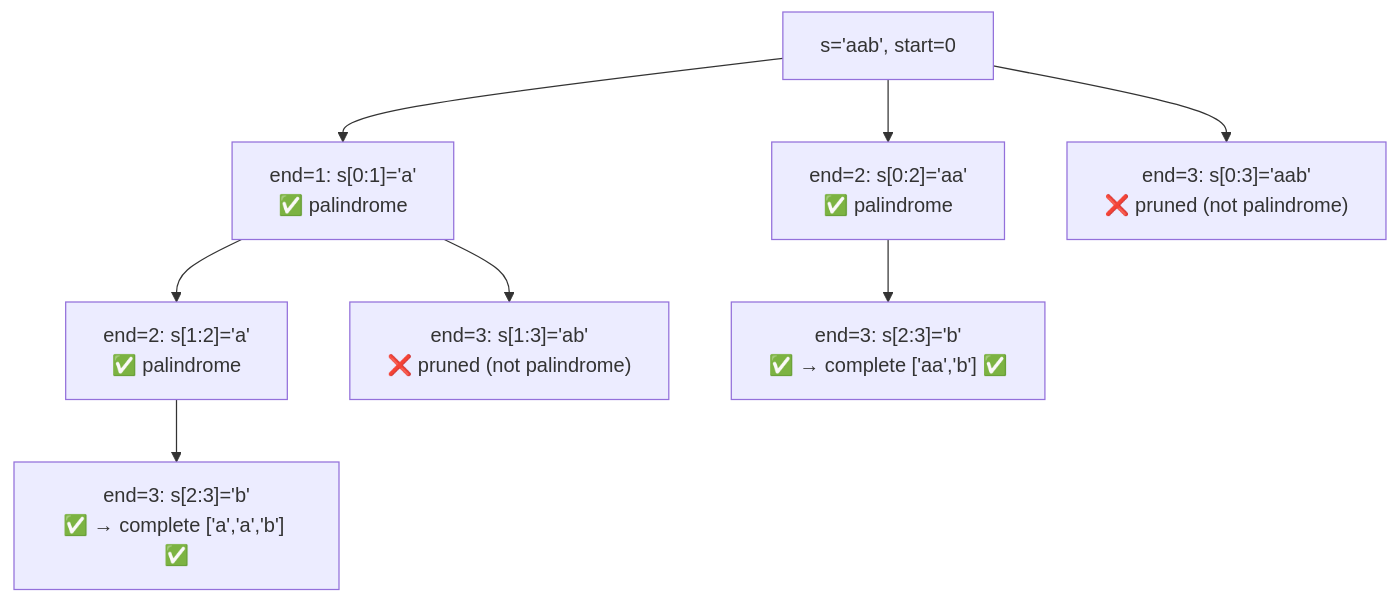
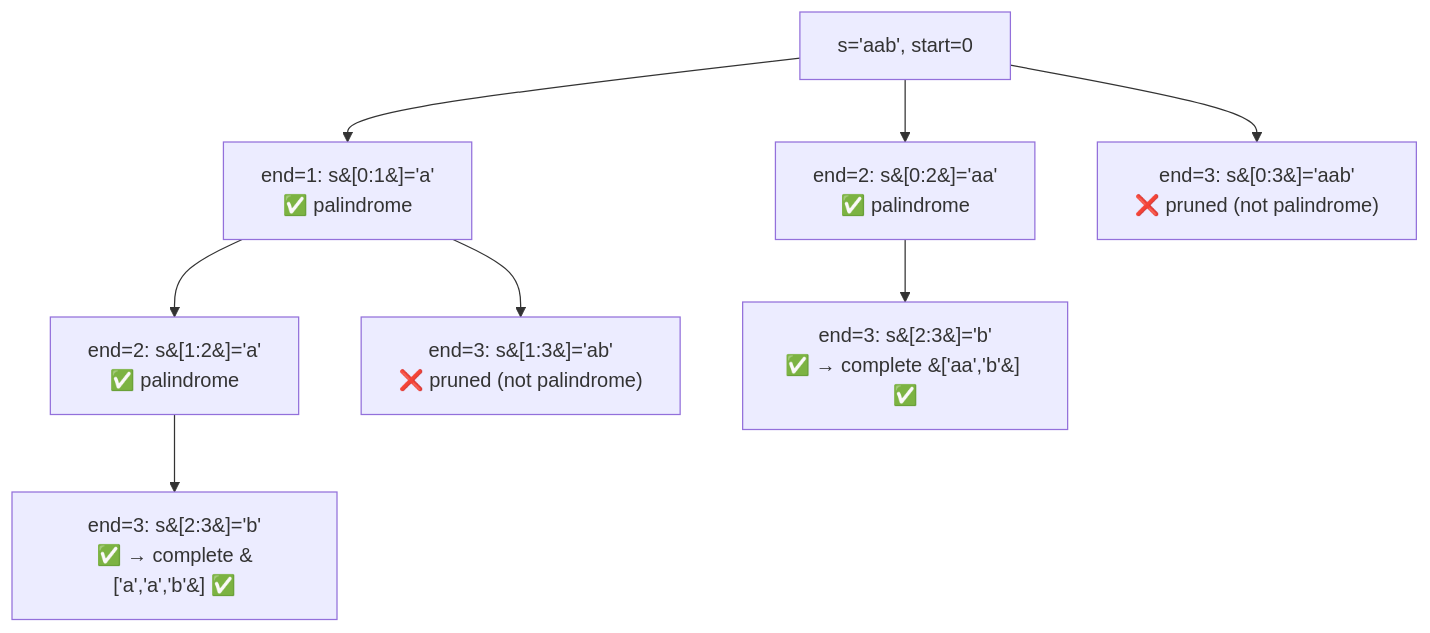
Before and after one commit to Aryan-Jadon18/dsa-placement-prep: the diagram in topics/10-backtracking/07-palindrome-partitioning/README.md, drawn with Mermaid. The commit also changed 52 other files, not shown here.

First line of the commit message:
Fix Mermaid diagrams not rendering on GitHub

````diff
--- a/topics/10-backtracking/07-palindrome-partitioning/README.md
+++ b/topics/10-backtracking/07-palindrome-partitioning/README.md
@@ -88,15 +88,15 @@
 ```mermaid
 graph TD
     R["s='aab', start=0"]
-    A["end=1: s[0:1]='a'<br/>✅ palindrome"]
-    A1["end=2: s[1:2]='a'<br/>✅ palindrome"]
-    A1a["end=3: s[2:3]='b'<br/>✅ → complete ['a','a','b'] ✅"]
-    A2["end=3: s[1:3]='ab'<br/>❌ pruned (not palindrome)"]
-    B["end=2: s[0:2]='aa'<br/>✅ palindrome"]
-    B1["end=3: s[2:3]='b'<br/>✅ → complete ['aa','b'] ✅"]
-    C["end=3: s[0:3]='aab'<br/>❌ pruned (not palindrome)"]
+    A["end=1: s&#91;0:1&#93;='a'<br/>✅ palindrome"]
+    A1["end=2: s&#91;1:2&#93;='a'<br/>✅ palindrome"]
+    A1a["end=3: s&#91;2:3&#93;='b'<br/>✅ → complete &#91;'a','a','b'&#93; ✅"]
+    A2["end=3: s&#91;1:3&#93;='ab'<br/>❌ pruned (not palindrome)"]
+    B["end=2: s&#91;0:2&#93;='aa'<br/>✅ palindrome"]
+    B1["end=3: s&#91;2:3&#93;='b'<br/>✅ → complete &#91;'aa','b'&#93; ✅"]
+    C["end=3: s&#91;0:3&#93;='aab'<br/>❌ pruned (not palindrome)"]
     R --> A --> A1 --> A1a
     A --> A2
     R --> B --> B1
     R --> C
 ```
````
